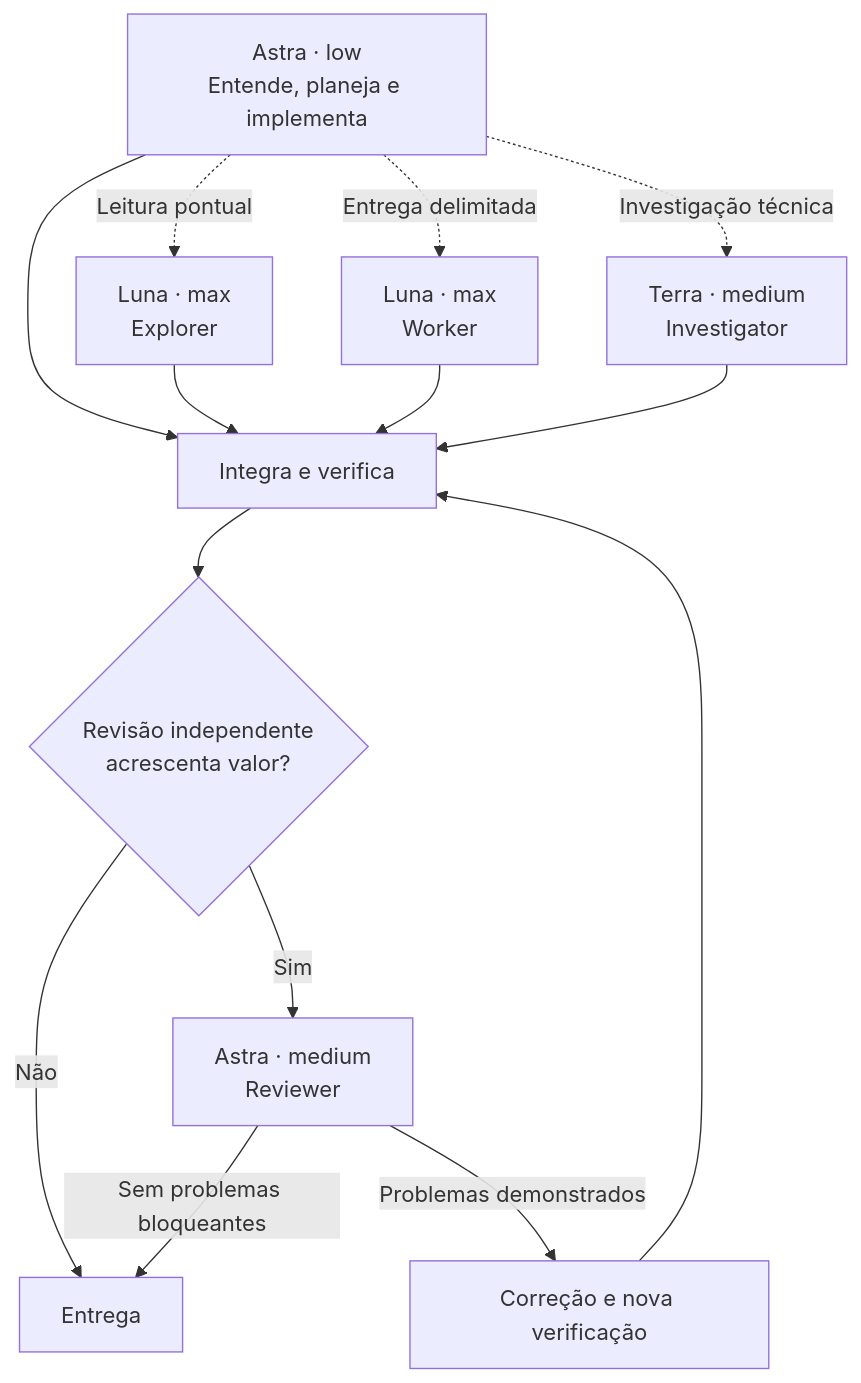
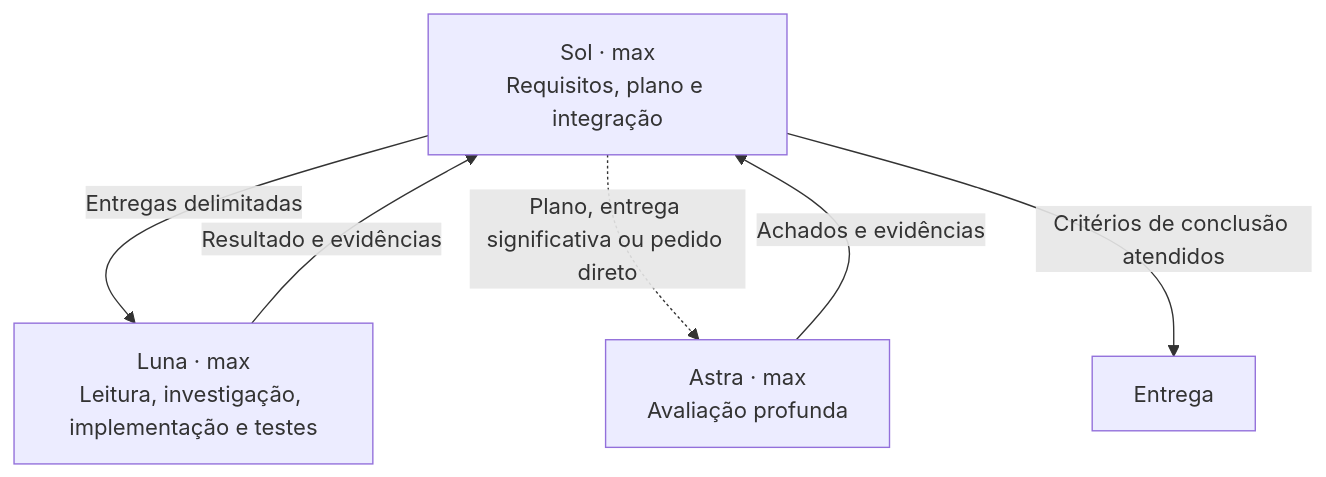
Before and after one commit to luisjuniorj/codex-project-orchestrator: the diagram in README.md, drawn with Mermaid. The commit also changed other lines of this file and 14 other files, not shown here.

Commit message:
feat: orchestrate with Sol, Luna and selective Astra review

````diff
--- a/README.md
+++ b/README.md
@@ -76,17 +76,9 @@
 ```mermaid
 flowchart TD
-    A["Astra · low<br/>Entende, planeja e implementa"]
-    A --> V["Integra e verifica"]
-    A -. "Leitura pontual" .-> E["Luna · max<br/>Explorer"]
-    A -. "Entrega delimitada" .-> W["Luna · max<br/>Worker"]
-    A -. "Investigação técnica" .-> I["Terra · medium<br/>Investigator"]
-    E --> V
-    W --> V
-    I --> V
-    V --> Q{"Revisão independente<br/>acrescenta valor?"}
-    Q -->|"Não"| F["Entrega"]
-    Q -->|"Sim"| R["Astra · medium<br/>Reviewer"]
-    R -->|"Sem problemas bloqueantes"| F
-    R -->|"Problemas demonstrados"| C["Correção e nova verificação"]
-    C --> V
+    S["Sol · max<br/>Requisitos, plano e integração"]
+    S -->|"Entregas delimitadas"| L["Luna · max<br/>Leitura, investigação, implementação e testes"]
+    L -->|"Resultado e evidências"| S
+    S -. "Plano, entrega significativa ou pedido direto" .-> A["Astra · max<br/>Avaliação profunda"]
+    A -->|"Achados e evidências"| S
+    S -->|"Critérios de conclusão atendidos"| F["Entrega"]
 ```
````
